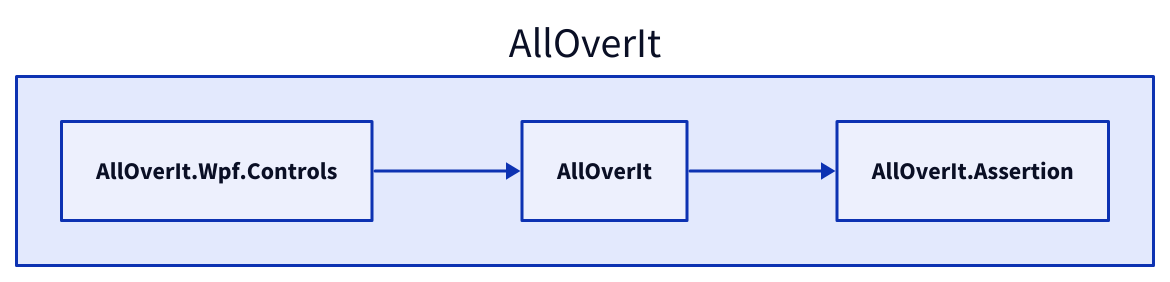
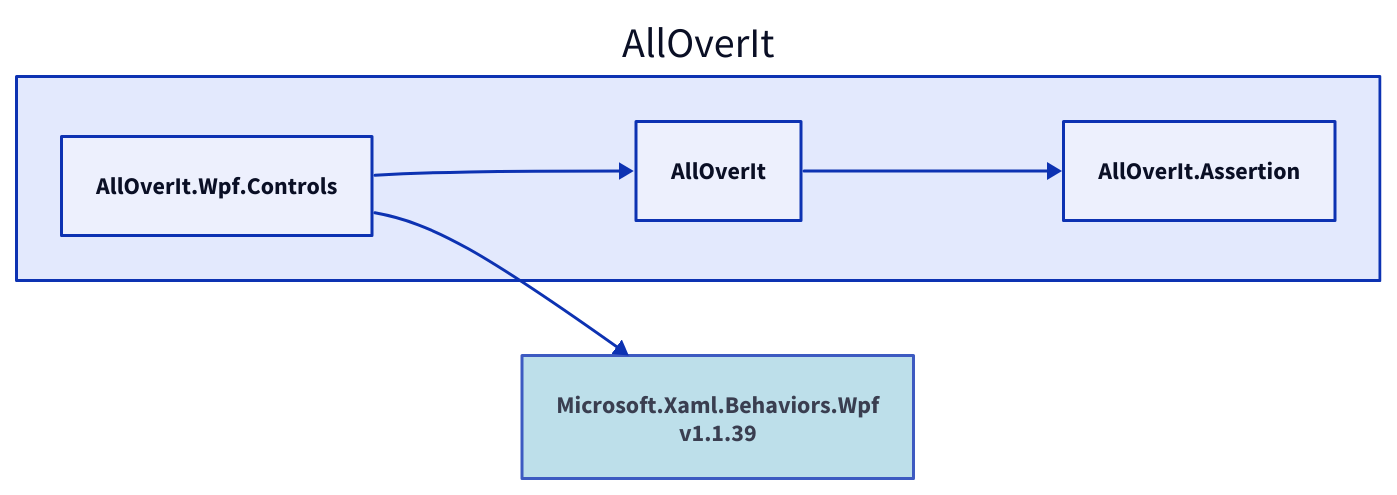
One commit to nickathone/AllOverIt changed the diagram in Docs/Dependencies/alloverit-wpf-controls.d2. Above: the diagram before and after it, drawn with D2. The commit also changed 5 other files, not shown here.

Commit message:
Dependency diagram updates

```diff
--- a/Docs/Dependencies/alloverit-wpf-controls.d2
+++ b/Docs/Dependencies/alloverit-wpf-controls.d2
@@ -1,8 +1,12 @@
 direction: right
 
 aoi: AllOverIt
 aoi.alloverit-wpf-controls: AllOverIt.Wpf.Controls
+microsoft-xaml-behaviors-wpf_1-1-39: Microsoft.Xaml.Behaviors.Wpf\nv1.1.39
+microsoft-xaml-behaviors-wpf_1-1-39.style.fill: "#ADD8E6"
+microsoft-xaml-behaviors-wpf_1-1-39.style.opacity: 0.8
+microsoft-xaml-behaviors-wpf_1-1-39 <- aoi.alloverit-wpf-controls
 aoi.alloverit: AllOverIt
 aoi.alloverit-assertion: AllOverIt.Assertion
 aoi.alloverit-assertion <- aoi.alloverit
 aoi.alloverit <- aoi.alloverit-wpf-controls
```
